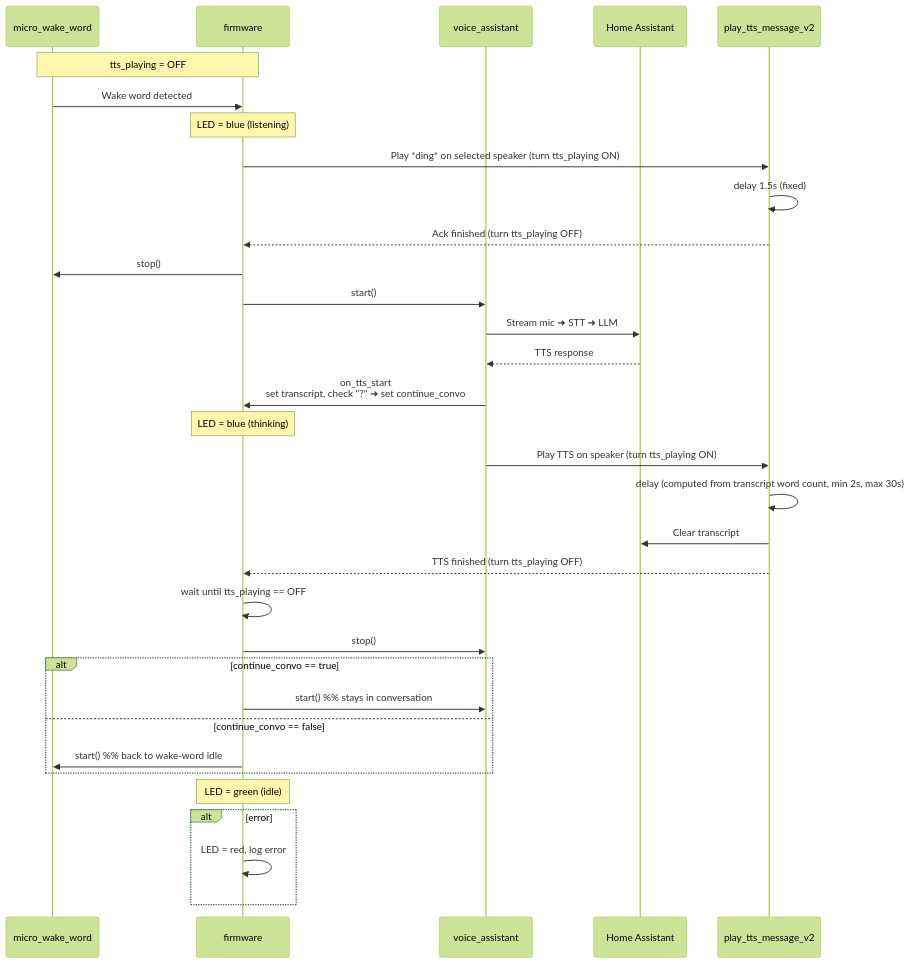
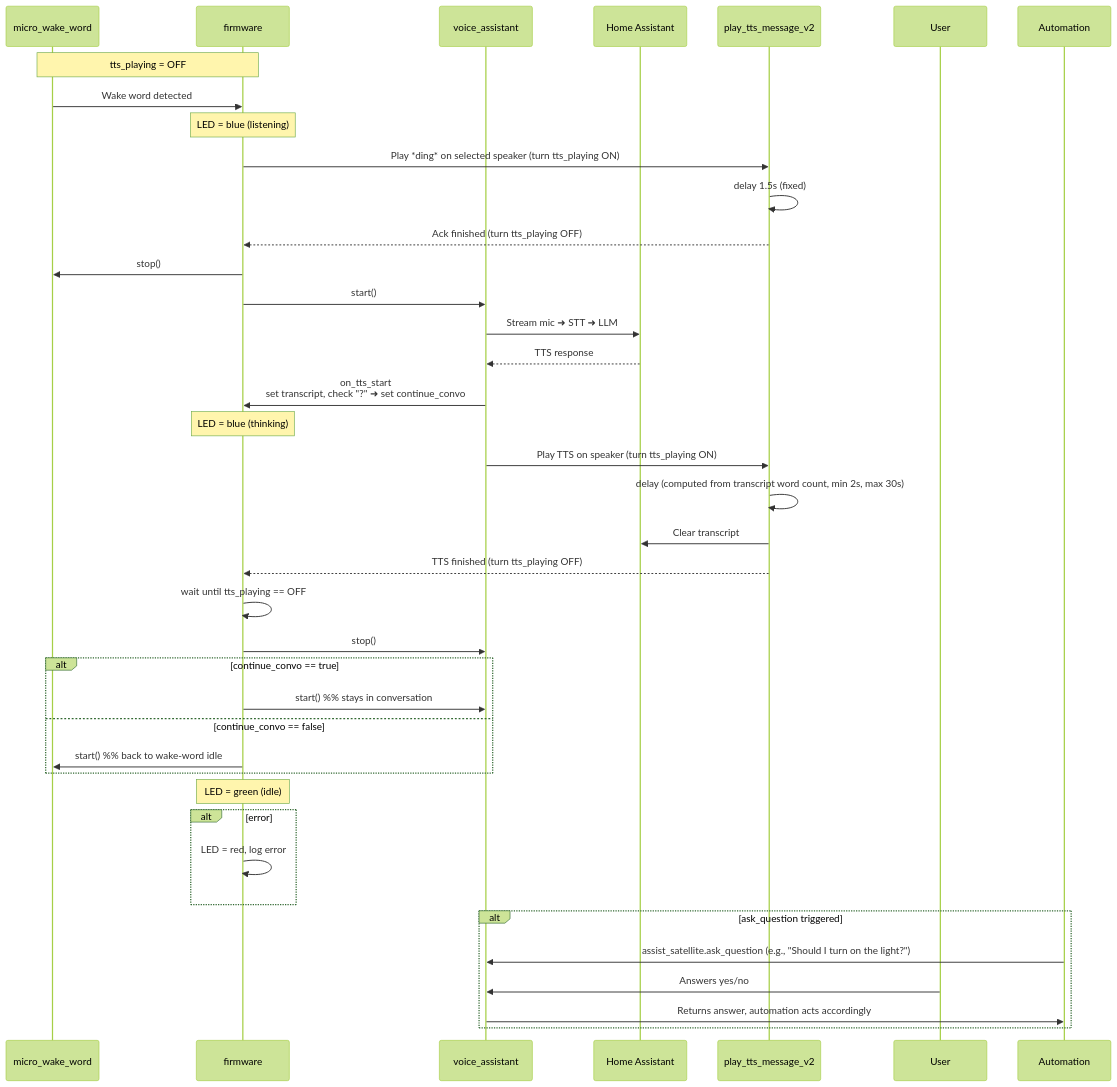
The diagram in README.md (bofisher/atom_cont_conv), drawn with Mermaid (forest theme) before and after one commit. The commit also changed other lines of this file and 2 other files, not shown here.

````diff
--- a/README.md
+++ b/README.md
@@ -42,35 +51,42 @@
 ```mermaid
 sequenceDiagram
     participant MW as micro_wake_word
     participant FW as firmware
     participant VA as voice_assistant
     participant HA as Home Assistant
     participant SCR as play_tts_message_v2
+    participant User
+    participant Automation
     Note over MW,FW: tts_playing = OFF
     MW->>FW: Wake word detected
     Note over FW: LED = blue (listening)
     FW->>SCR: Play *ding* on selected speaker (turn tts_playing ON)
     SCR->>SCR: delay 1.5s (fixed)
     SCR-->>FW: Ack finished (turn tts_playing OFF)
     FW->>MW: stop()
     FW->>VA: start()
     VA->>HA: Stream mic ➜ STT ➜ LLM
     HA-->>VA: TTS response
     VA->>FW: on_tts_start<br/>set transcript, check "?" ➜ set continue_convo
     Note over FW: LED = blue (thinking)
     VA->>SCR: Play TTS on speaker (turn tts_playing ON)
     SCR->>SCR: delay (computed from transcript word count, min 2s, max 30s)
     SCR->>HA: Clear transcript
     SCR-->>FW: TTS finished (turn tts_playing OFF)
     FW->>FW: wait until tts_playing == OFF
     FW->>VA: stop()
     alt continue_convo == true
         FW->>VA: start()  %% stays in conversation
     else continue_convo == false
         FW->>MW: start()  %% back to wake‑word idle
     end
     Note over FW: LED = green (idle)
     alt error
         FW->>FW: LED = red, log error
     end
+    alt ask_question triggered
+        Automation->>VA: assist_satellite.ask_question (e.g., "Should I turn on the light?")
+        User->>VA: Answers yes/no
+        VA->>Automation: Returns answer, automation acts accordingly
+    end
 ```
````
